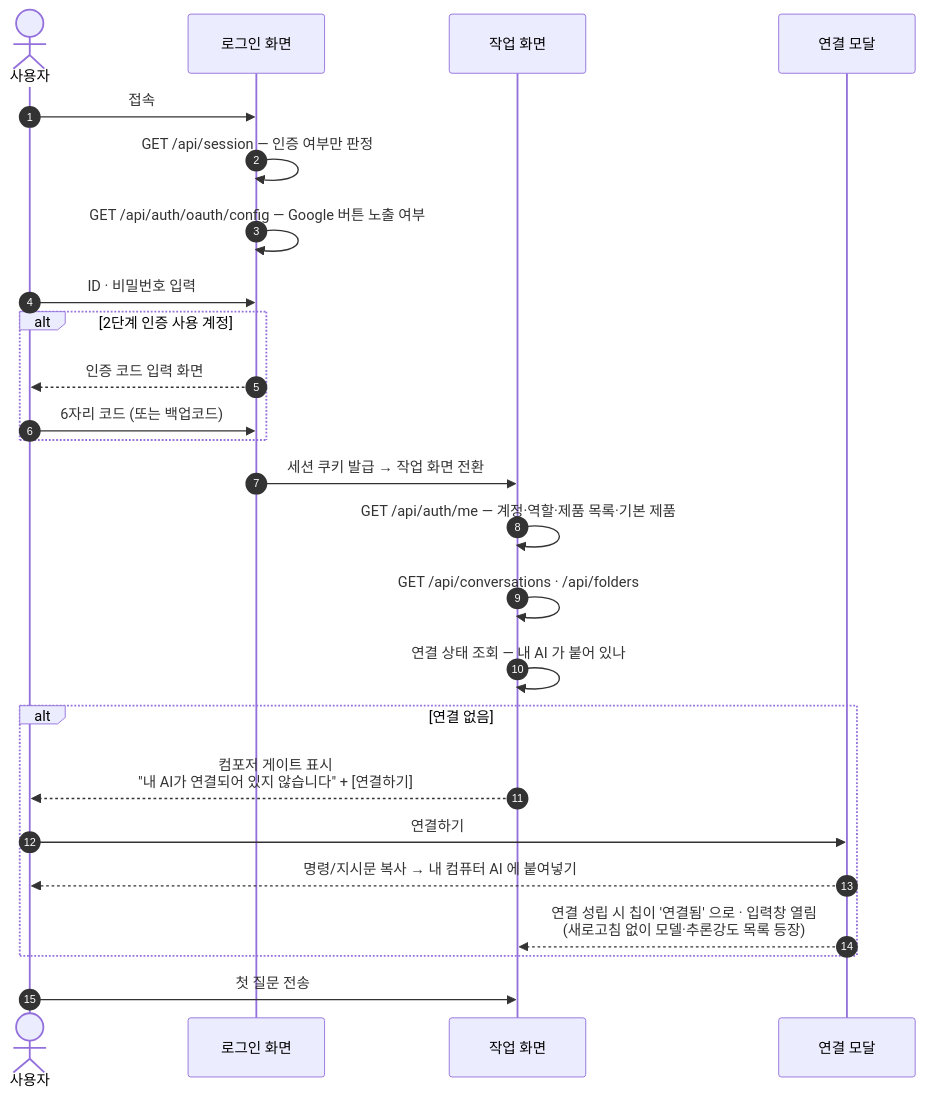
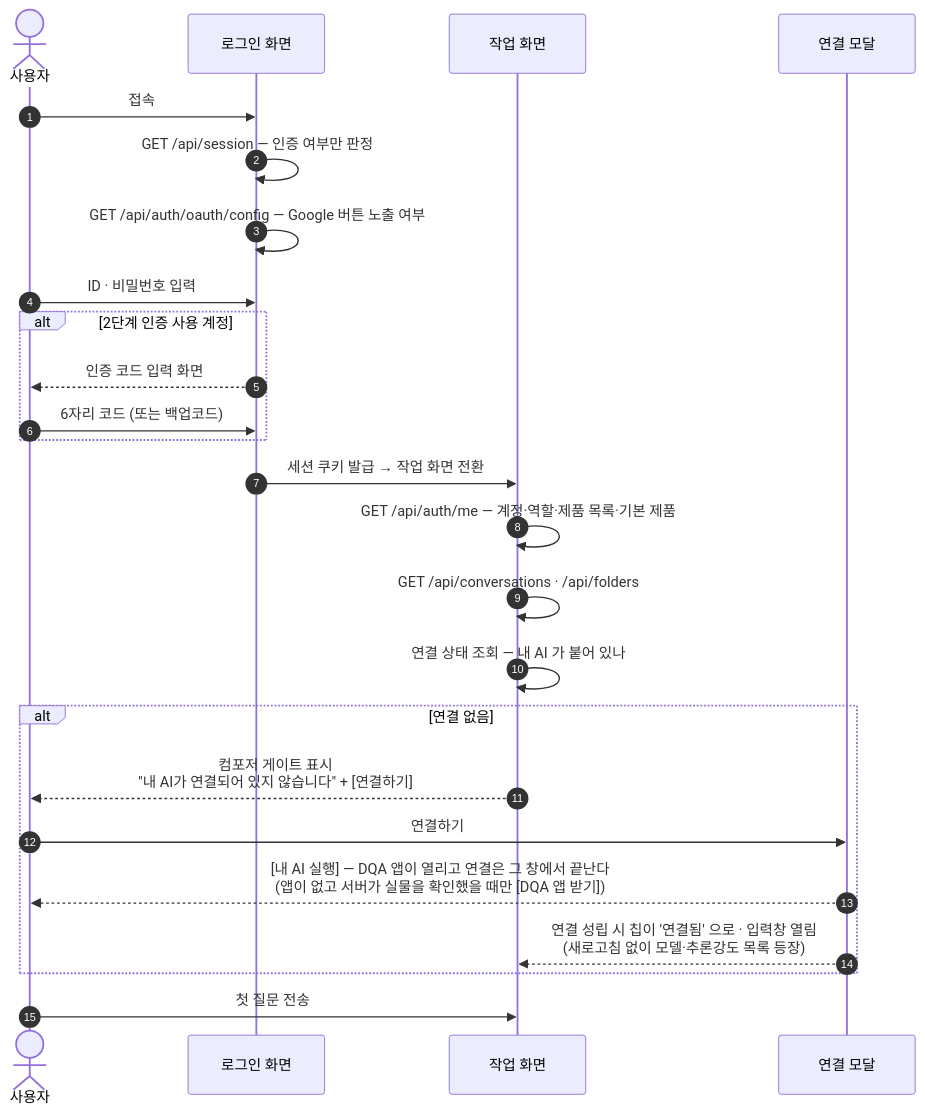
The second of 10 diagrams in wiki/Flows/User-Journeys.md (msmckimgpt-tech/gstack_dba_ai_assistant), drawn with Mermaid before and after one commit. The commit also changed 21 other files, not shown here.

````diff
--- a/wiki/Flows/User-Journeys.md
+++ b/wiki/Flows/User-Journeys.md
@@ -83,28 +83,28 @@
 ```mermaid
 sequenceDiagram
     autonumber
     actor U as 사용자
     participant S as 로그인 화면
     participant A as 작업 화면
     participant M as 연결 모달
 
     U->>S: 접속
     S->>S: GET /api/session — 인증 여부만 판정
     S->>S: GET /api/auth/oauth/config — Google 버튼 노출 여부
     U->>S: ID · 비밀번호 입력
     alt 2단계 인증 사용 계정
         S-->>U: 인증 코드 입력 화면
         U->>S: 6자리 코드 (또는 백업코드)
     end
     S->>A: 세션 쿠키 발급 → 작업 화면 전환
     A->>A: GET /api/auth/me — 계정·역할·제품 목록·기본 제품
     A->>A: GET /api/conversations · /api/folders
     A->>A: 연결 상태 조회 — 내 AI 가 붙어 있나
     alt 연결 없음
         A-->>U: 컴포저 게이트 표시<br/>"내 AI가 연결되어 있지 않습니다" + [연결하기]
         U->>M: 연결하기
-        M-->>U: 명령/지시문 복사 → 내 컴퓨터 AI 에 붙여넣기
+        M-->>U: [내 AI 실행] — DQA 앱이 열리고 연결은 그 창에서 끝난다<br/>(앱이 없고 서버가 실물을 확인했을 때만 [DQA 앱 받기])
         M-->>A: 연결 성립 시 칩이 '연결됨' 으로 · 입력창 열림<br/>(새로고침 없이 모델·추론강도 목록 등장)
     end
     U->>A: 첫 질문 전송
 ```
````
